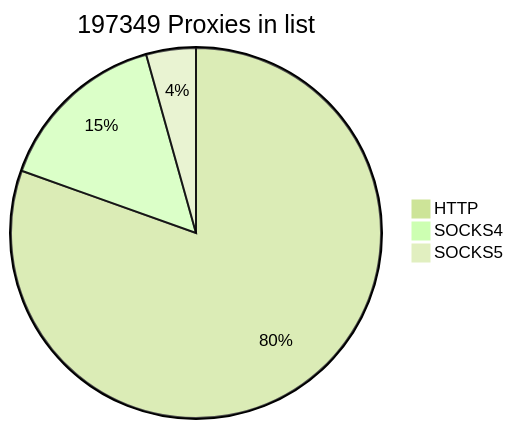
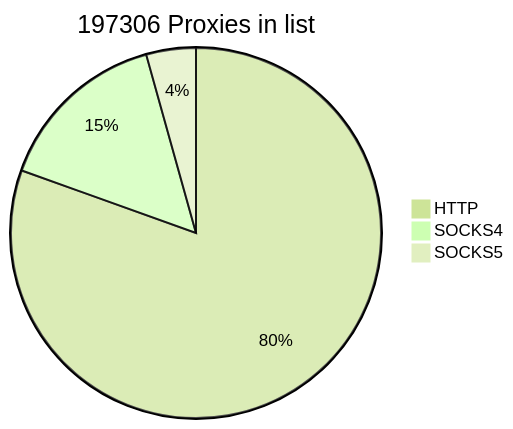
One commit to cutipu/proxylist changed the first of 2 diagrams in README.md. Above: the diagram before and after it, drawn with Mermaid (forest theme). The commit also changed other lines of this file, not shown here.

````diff
--- a/README.md
+++ b/README.md
@@ -2,7 +2,7 @@
 ```mermaid
-pie title 197349 Proxies in list
-    "HTTP" : 158781
-    "SOCKS4" : 30012
-    "SOCKS5" : 8556
+pie title 197306 Proxies in list
+    "HTTP" : 158797
+    "SOCKS4" : 29959
+    "SOCKS5" : 8550
             
 ```
````
